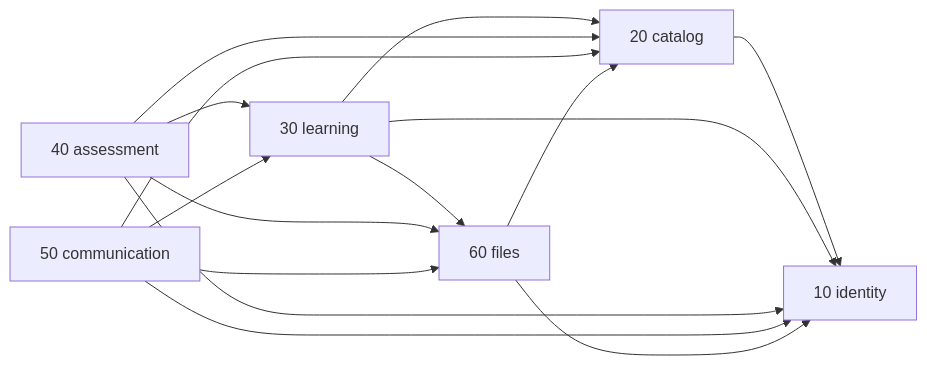
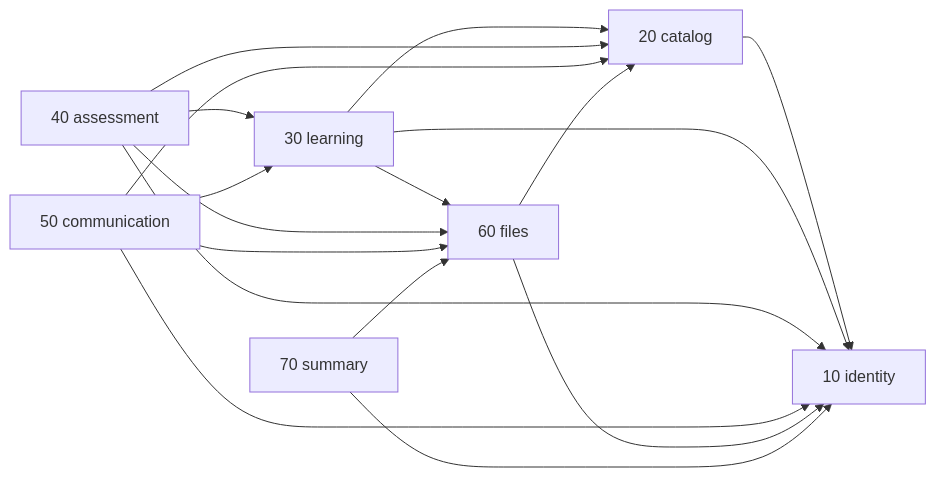
Before and after one commit to 2026ENDPoinT/team13: the diagram in backend/db/README.md, drawn with Mermaid. The commit also changed other lines of this file and 144 other files, not shown here.

````diff
--- a/backend/db/README.md
+++ b/backend/db/README.md
@@ -36,14 +37,16 @@
 ```mermaid
 flowchart LR
   ID["10 identity"]
   CAT["20 catalog"]
   LRN["30 learning"]
   ASM["40 assessment"]
   COM["50 communication"]
   FIL["60 files"]
+  SUM["70 summary"]
   CAT --> ID
   LRN --> CAT & ID & FIL
   ASM --> LRN & CAT & ID & FIL
   COM --> CAT & ID & LRN & FIL
   FIL --> CAT & ID
+  SUM --> FIL & ID
 ```
````
